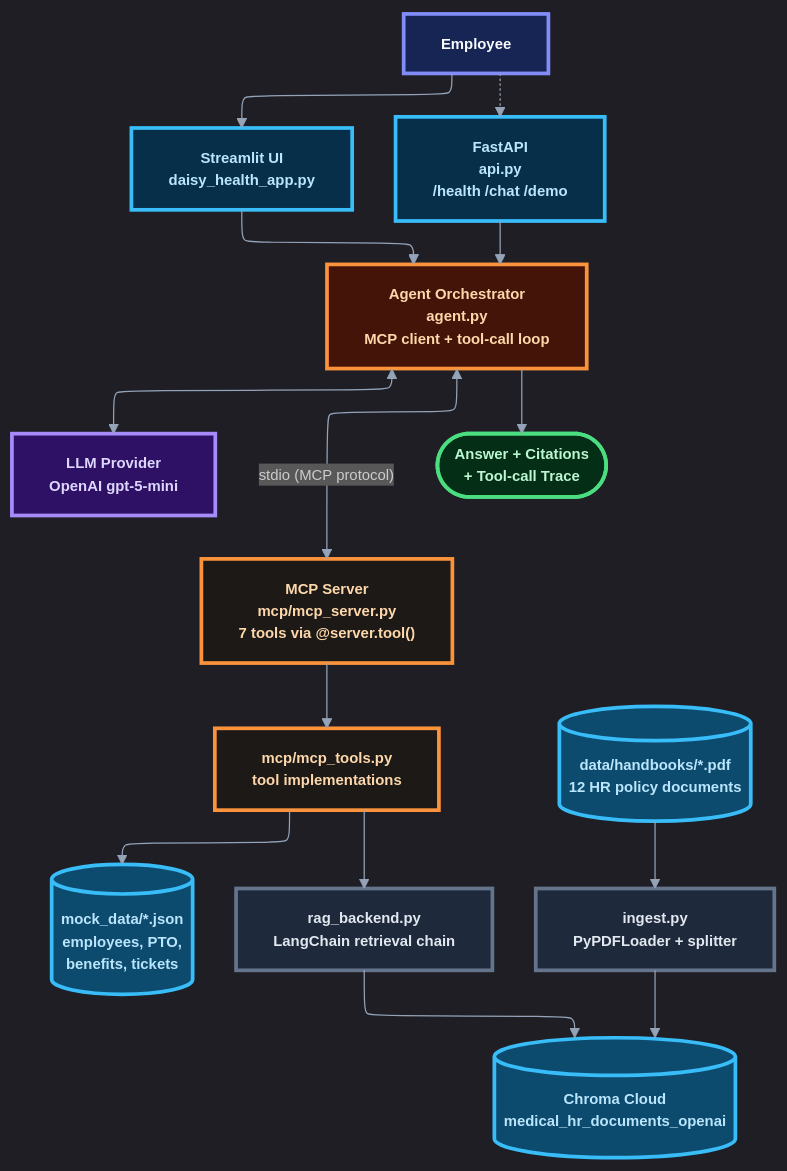
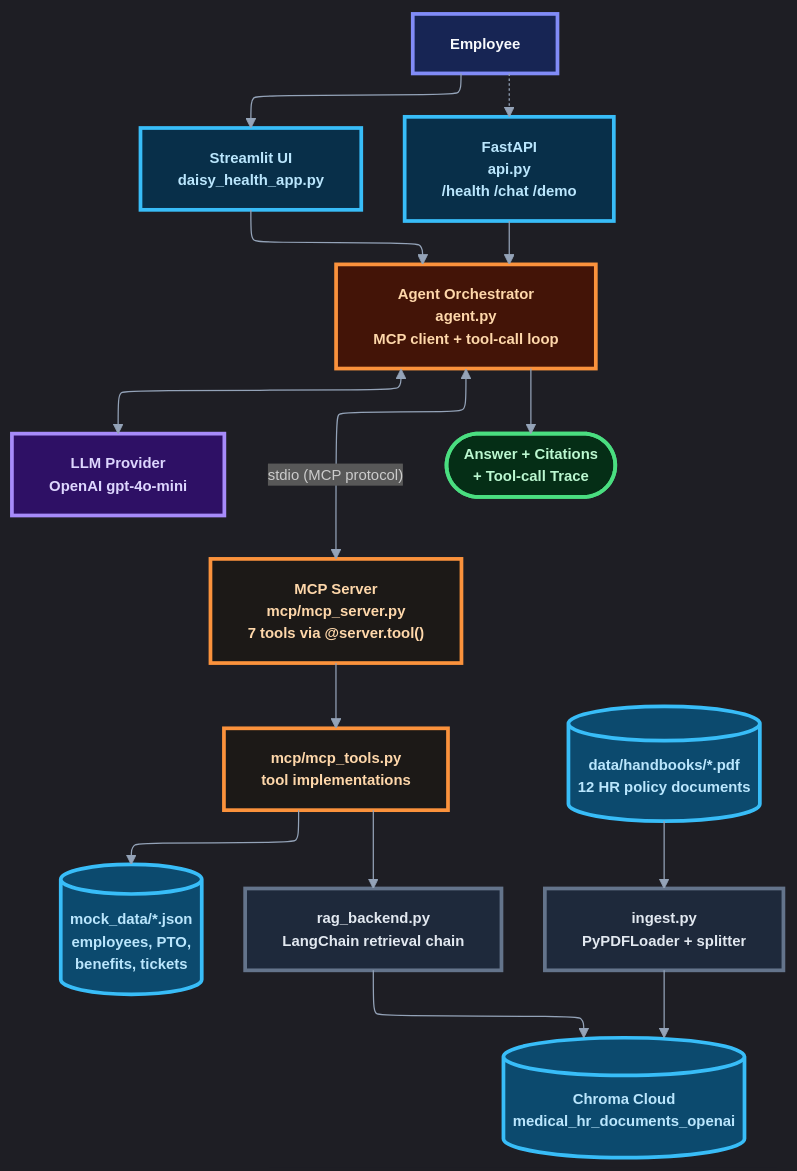
One commit to Alex-is-Gonzalez/Daisy_Health changed the first of 6 diagrams in README.MD. Above: the diagram before and after it, drawn with Mermaid. The commit also changed other lines of this file and 4 other files, not shown here.

````diff
--- a/README.MD
+++ b/README.MD
@@ -61,52 +61,52 @@
 ```mermaid
 ---
 config:
   layout: elk
   theme: dark
   themeVariables:
     background: "#0b1120"
     primaryColor: "#111827"
     primaryTextColor: "#f8fafc"
     primaryBorderColor: "#475569"
     lineColor: "#94a3b8"
     fontFamily: "Inter, ui-sans-serif, system-ui, sans-serif"
     fontSize: "12px"
 ---
 flowchart TB
     U["Employee"] --> UI["Streamlit UI<br/>daisy_health_app.py"]
     U -.-> API["FastAPI<br/>api.py<br/>/health /chat /demo"]
 
     UI --> AG["Agent Orchestrator<br/>agent.py<br/>MCP client + tool-call loop"]
     API --> AG
 
-    AG <--> LLM["LLM Provider<br/>OpenAI gpt-5-mini"]
+    AG <--> LLM["LLM Provider<br/>OpenAI gpt-4o-mini"]
     AG <-- "stdio (MCP protocol)" --> MCP["MCP Server<br/>mcp/mcp_server.py<br/>7 tools via @server.tool()"]
 
     MCP --> TOOLS["mcp/mcp_tools.py<br/>tool implementations"]
     TOOLS --> MOCK[("mock_data/*.json<br/>employees, PTO,<br/>benefits, tickets")]
     TOOLS --> RAG["rag_backend.py<br/>LangChain retrieval chain"]
 
     RAG --> VDB[("Chroma Cloud<br/>medical_hr_documents_openai")]
     ING["ingest.py<br/>PyPDFLoader + splitter"] --> VDB
     PDF[("data/handbooks/*.pdf<br/>12 HR policy documents")] --> ING
 
     AG --> OUT(["Answer + Citations<br/>+ Tool-call Trace"])
 
     class U actor
     class UI,API surface
     class AG orchestrator
     class LLM llm
     class MCP,TOOLS mcp
     class MOCK,VDB,PDF data
     class ING,RAG pipeline
     class OUT output
 
     classDef actor fill:#172554,stroke:#818cf8,color:#f8fafc,stroke-width:3px,font-weight:bold
     classDef surface fill:#082f49,stroke:#38bdf8,color:#bae6fd,stroke-width:3px,font-weight:bold
     classDef orchestrator fill:#431407,stroke:#fb923c,color:#fed7aa,stroke-width:3px,font-weight:bold
     classDef llm fill:#2e1065,stroke:#a78bfa,color:#ddd6fe,stroke-width:3px,font-weight:bold
     classDef mcp fill:#1c1917,stroke:#fb923c,color:#fed7aa,stroke-width:3px,font-weight:bold
     classDef data fill:#0c4a6e,stroke:#38bdf8,color:#bae6fd,stroke-width:3px,font-weight:bold
     classDef pipeline fill:#1e293b,stroke:#64748b,color:#e2e8f0,stroke-width:3px,font-weight:bold
     classDef output fill:#052e16,stroke:#4ade80,color:#bbf7d0,stroke-width:3px,font-weight:bold
 ```
````
